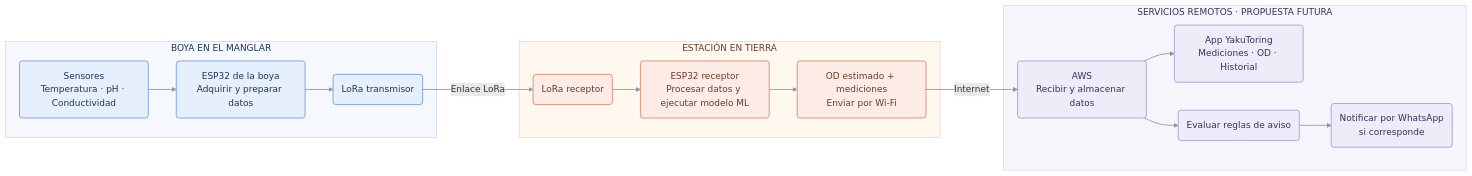
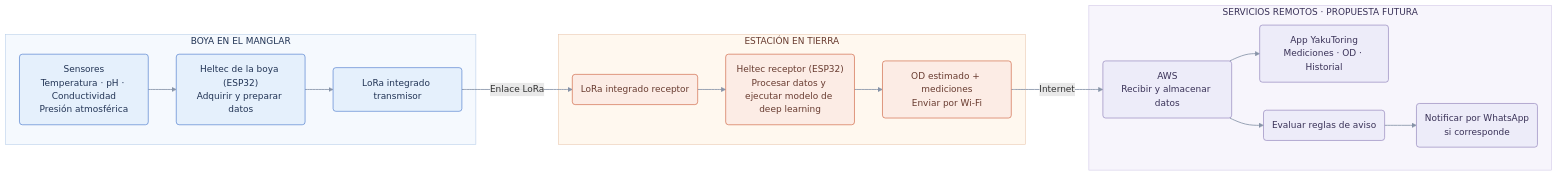
Before and after one commit to Marco404-Dev/PI_Equipo_09: the first of 3 diagrams in README.md, drawn with Mermaid. The commit also changed other lines of this file, not shown here.

````diff
--- a/README.md
+++ b/README.md
@@ -74,35 +73,35 @@
 ```mermaid
 flowchart LR
     subgraph B["BOYA EN EL MANGLAR"]
-        S("Sensores<br/>Temperatura · pH · Conductividad")
-        E("ESP32 de la boya<br/>Adquirir y preparar datos")
-        T("LoRa transmisor")
+        S("Sensores<br/>Temperatura · pH · Conductividad<br/>Presión atmosférica")
+        E("Heltec de la boya (ESP32)<br/>Adquirir y preparar datos")
+        T("LoRa integrado transmisor")
         S --> E --> T
     end
     subgraph R["ESTACIÓN EN TIERRA"]
-        L("LoRa receptor")
-        P("ESP32 receptor<br/>Procesar datos y ejecutar modelo ML")
+        L("LoRa integrado receptor")
+        P("Heltec receptor (ESP32)<br/>Procesar datos y ejecutar modelo de deep learning")
         O("OD estimado + mediciones<br/>Enviar por Wi-Fi")
         L --> P --> O
     end
     subgraph C["SERVICIOS REMOTOS · PROPUESTA FUTURA"]
         A("AWS<br/>Recibir y almacenar datos")
         V("App YakuToring<br/>Mediciones · OD · Historial")
         Q("Evaluar reglas de aviso")
         W("Notificar por WhatsApp<br/>si corresponde")
         A --> V
         A --> Q --> W
     end
     T -- Enlace LoRa --> L
     O -- Internet --> A
     classDef boya fill:#E5F0FC,stroke:#376BC5,color:#223455;
     classDef tierra fill:#FCECE5,stroke:#C8502A,color:#683B30;
     classDef cloud fill:#EDECF9,stroke:#8172B1,color:#393157;
     class S,E,T boya;
     class L,P,O tierra;
     class A,V,Q,W cloud;
     style B fill:#F5F9FE,stroke:#B6CEE9,color:#223455
     style R fill:#FFF8EF,stroke:#EAC6AD,color:#683B30
     style C fill:#F7F5FC,stroke:#D0C7E7,color:#393157
     linkStyle default stroke:#8794A8,stroke-width:1.5px;
 ```
````
